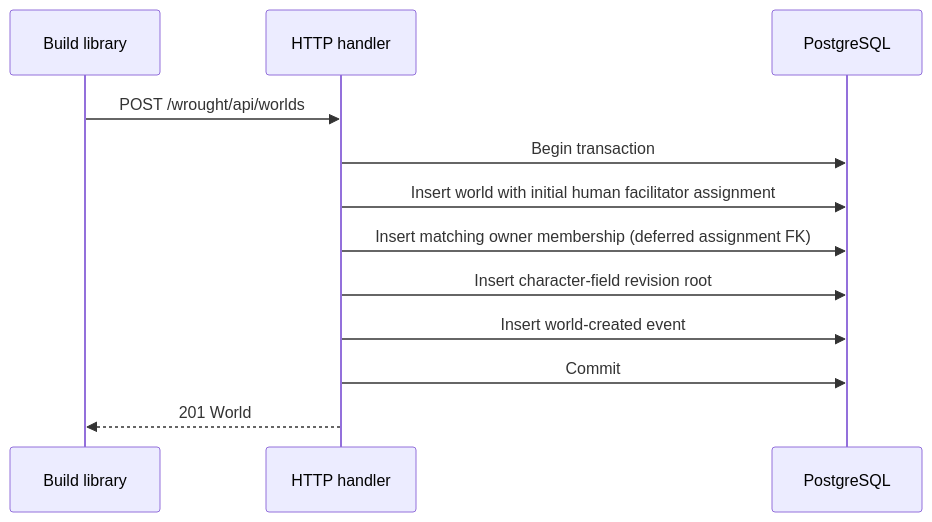
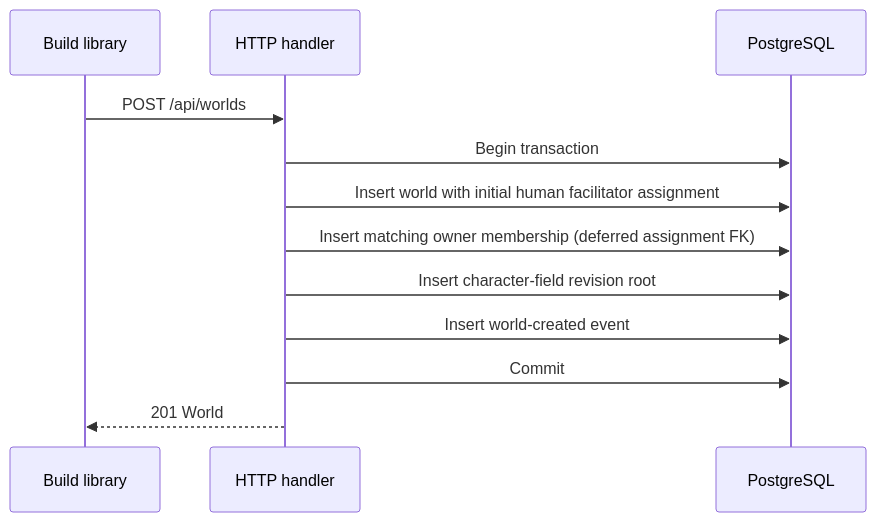
One commit to JTan2231/gezerah changed the fifth of 9 diagrams in docs/architecture.md. Above: the diagram before and after it, drawn with Mermaid. The commit also changed other lines of this file and 89 other files, not shown here.

````diff
--- a/docs/architecture.md
+++ b/docs/architecture.md
@@ -251,15 +229,15 @@
 ```mermaid
 sequenceDiagram
     participant UI as Build library
     participant H as HTTP handler
     participant DB as PostgreSQL
 
-    UI->>H: POST /wrought/api/worlds
+    UI->>H: POST /api/worlds
     H->>DB: Begin transaction
     H->>DB: Insert world with initial human facilitator assignment
     H->>DB: Insert matching owner membership (deferred assignment FK)
     H->>DB: Insert character-field revision root
     H->>DB: Insert world-created event
     H->>DB: Commit
     H-->>UI: 201 World
 ```
````
